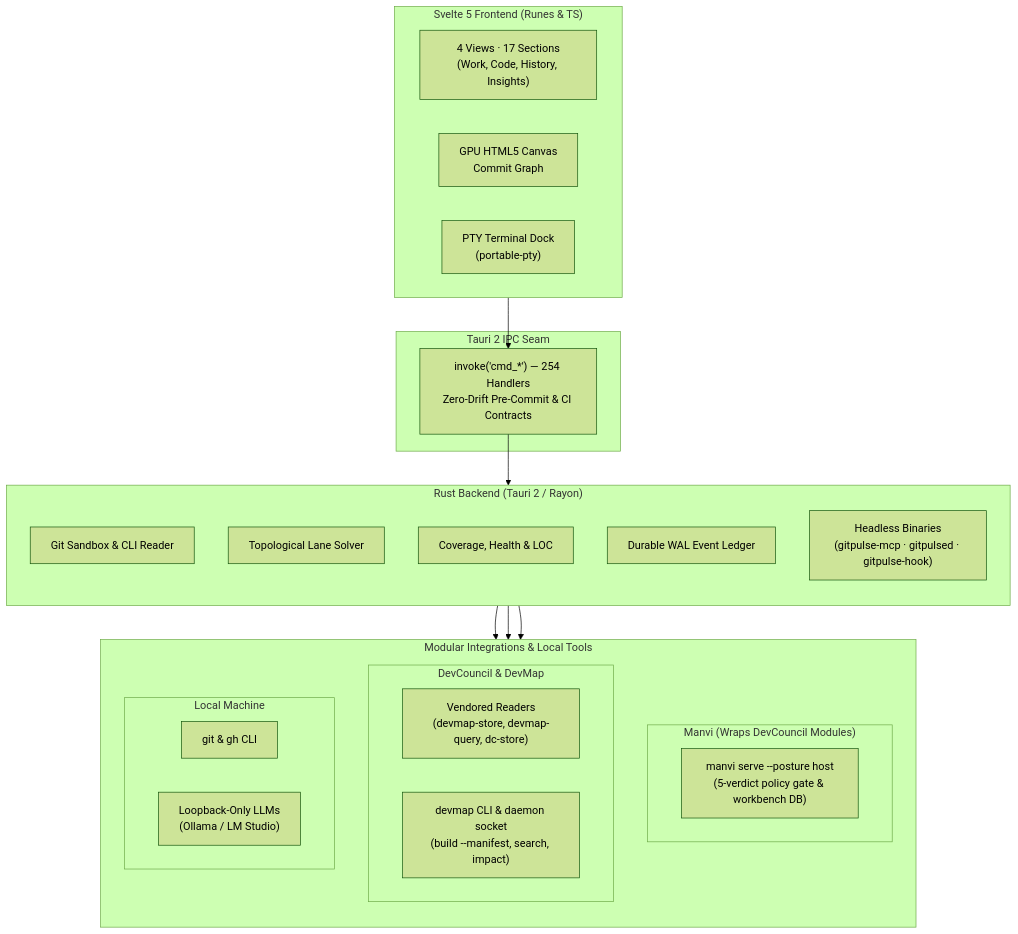
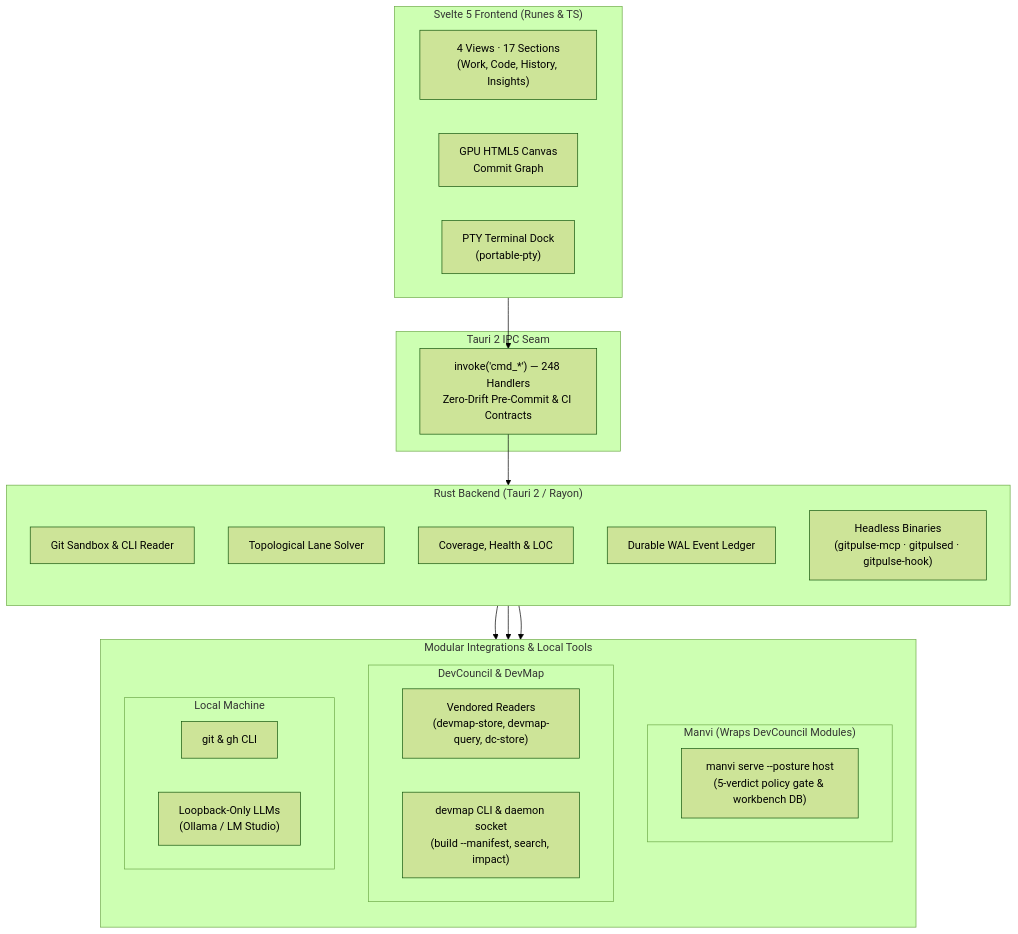
Before and after one commit to bharathvbcr/GitPulse: the diagram in README.md, drawn with Mermaid (forest theme). The commit also changed 136 other files, not shown here.

````diff
--- a/README.md
+++ b/README.md
@@ -116,43 +116,43 @@
 ```mermaid
 flowchart TB
     subgraph Frontend["Svelte 5 Frontend (Runes & TS)"]
         direction LR
         Views["4 Views · 17 Sections<br/>(Work, Code, History, Insights)"]
         Canvas["GPU HTML5 Canvas<br/>Commit Graph"]
         TerminalDock["PTY Terminal Dock<br/>(portable-pty)"]
     end
 
     subgraph IPC["Tauri 2 IPC Seam"]
-        Bridge["invoke('cmd_*') — 254 Handlers<br/>Zero-Drift Pre-Commit & CI Contracts"]
+        Bridge["invoke('cmd_*') — 248 Handlers<br/>Zero-Drift Pre-Commit & CI Contracts"]
     end
 
     subgraph Backend["Rust Backend (Tauri 2 / Rayon)"]
         direction TB
         GitEngine["Git Sandbox & CLI Reader"]
         LaneSolver["Topological Lane Solver"]
         Analyzers["Coverage, Health & LOC"]
         Ledger["Durable WAL Event Ledger"]
         Headless["Headless Binaries<br/>(gitpulse-mcp · gitpulsed · gitpulse-hook)"]
     end
 
     subgraph Integrations["Modular Integrations & Local Tools"]
         direction TB
         subgraph ManviWrap["Manvi (Wraps DevCouncil Modules)"]
             ManviSidecar["manvi serve --posture host<br/>(5-verdict policy gate & workbench DB)"]
         end
         subgraph DevCouncilMods["DevCouncil & DevMap"]
             Vendored["Vendored Readers<br/>(devmap-store, devmap-query, dc-store)"]
             DevMapCLI["devmap CLI & daemon socket<br/>(build --manifest, search, impact)"]
         end
         subgraph LocalTools["Local Machine"]
             CLI["git & gh CLI"]
             LocalLLM["Loopback-Only LLMs<br/>(Ollama / LM Studio)"]
         end
     end
 
     Frontend --> Bridge
     Bridge --> Backend
     Backend --> ManviWrap
     Backend --> DevCouncilMods
     Backend --> LocalTools
 ```
````
